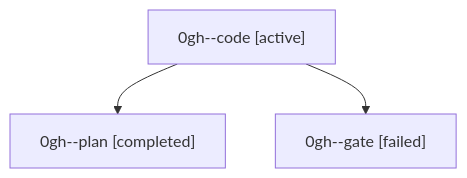
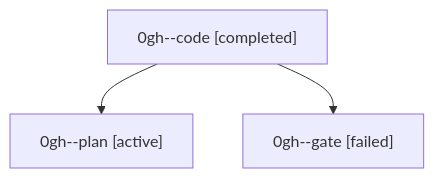
One commit to sase-org/sase--agents changed the diagram in families/bbugyi200.athena.0gh.md. Above: the diagram before and after it, drawn with Mermaid. The commit also changed other lines of this file and 35830 other files, not shown here.

````diff
--- a/families/bbugyi200.athena.0gh.md
+++ b/families/bbugyi200.athena.0gh.md
@@ -9,8 +9,8 @@
 ```mermaid
 flowchart TD
-  n0["0gh--code [active]"]
-  n1["0gh--plan [completed]"]
+  n0["0gh--code [completed]"]
+  n1["0gh--plan [active]"]
   n0 --> n1
   n2["0gh--gate [failed]"]
   n0 --> n2
 ```
````
